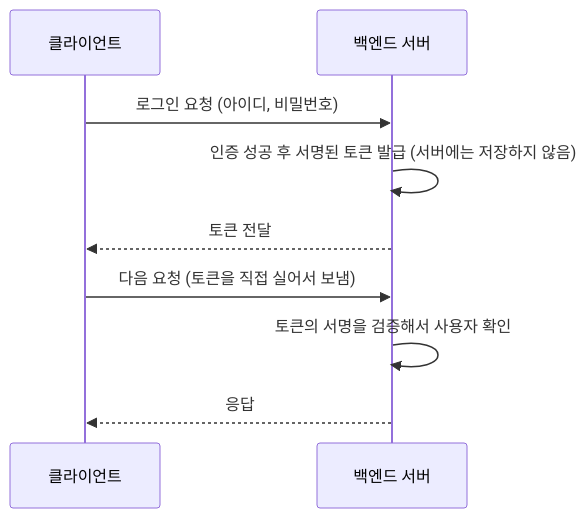
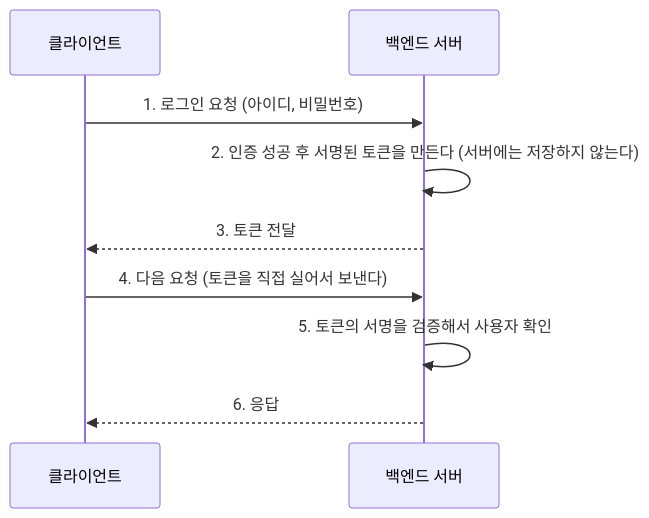
Before and after one commit to JHee0209/my-blog: the third of 3 diagrams in _posts/2026-11-06-spring-security-login.md, drawn with Mermaid. The commit also changed other lines of this file, not shown here.

````diff
--- a/_posts/2026-11-06-spring-security-login.md
+++ b/_posts/2026-11-06-spring-security-login.md
@@ -166,11 +379,11 @@
 ```mermaid
 sequenceDiagram
     participant B as 클라이언트
     participant S as 백엔드 서버
-    B->>S: 로그인 요청 (아이디, 비밀번호)
-    S->>S: 인증 성공 후 서명된 토큰 발급 (서버에는 저장하지 않음)
-    S-->>B: 토큰 전달
-    B->>S: 다음 요청 (토큰을 직접 실어서 보냄)
-    S->>S: 토큰의 서명을 검증해서 사용자 확인
-    S-->>B: 응답
+    B->>S: 1. 로그인 요청 (아이디, 비밀번호)
+    S->>S: 2. 인증 성공 후 서명된 토큰을 만든다 (서버에는 저장하지 않는다)
+    S-->>B: 3. 토큰 전달
+    B->>S: 4. 다음 요청 (토큰을 직접 실어서 보낸다)
+    S->>S: 5. 토큰의 서명을 검증해서 사용자 확인
+    S-->>B: 6. 응답
 ```
````
